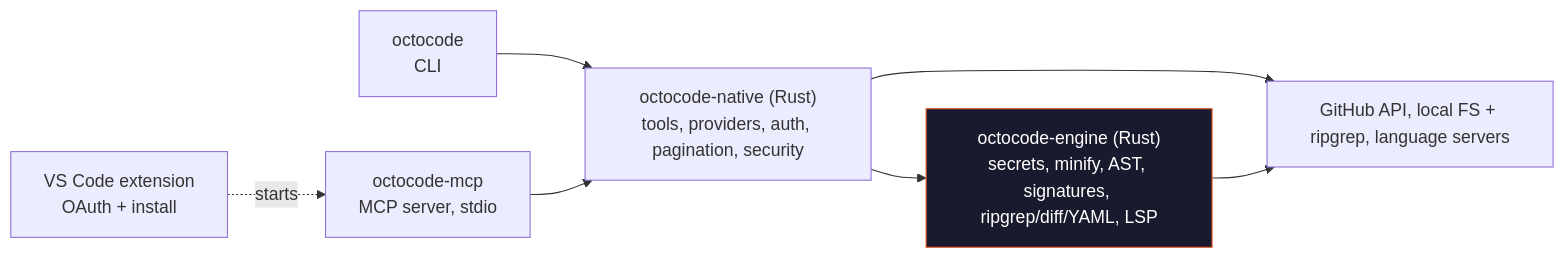
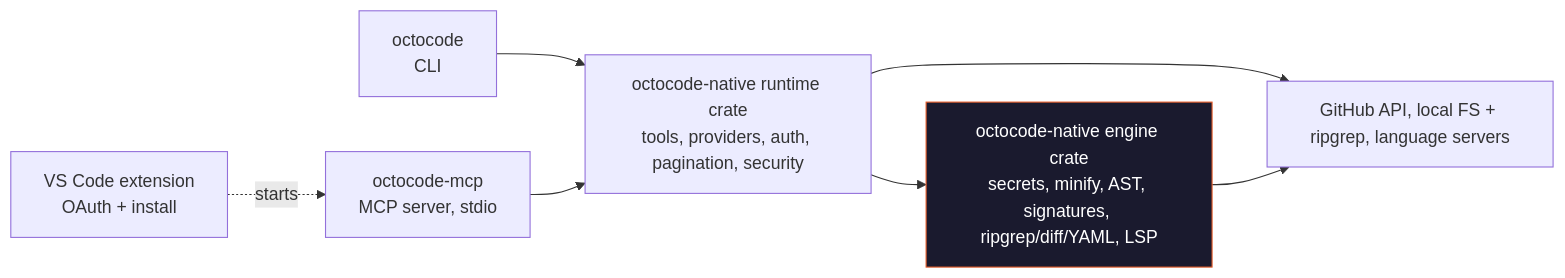
Before and after one commit to bgauryy/octocode: the diagram in README.md, drawn with Mermaid. The commit also changed other lines of this file and 365 other files, not shown here.

````diff
--- a/README.md
+++ b/README.md
@@ -486,18 +486,18 @@
 ```mermaid
 graph LR
     CLI["octocode<br/>CLI"]
     MCP["octocode-mcp<br/>MCP server, stdio"]
     VSC["VS Code extension<br/>OAuth + install"]
-    CORE["octocode-native (Rust)<br/>tools, providers, auth, pagination, security"]
-    ENGINE["octocode-engine (Rust)<br/>secrets, minify, AST, signatures, ripgrep/diff/YAML, LSP"]
+    CORE["octocode-native runtime crate<br/>tools, providers, auth, pagination, security"]
+    ENGINE["octocode-native engine crate<br/>secrets, minify, AST, signatures, ripgrep/diff/YAML, LSP"]
     EXT["GitHub API, local FS + ripgrep, language servers"]
 
     CLI --> CORE
     MCP --> CORE
     VSC -. starts .-> MCP
     CORE --> ENGINE
     CORE --> EXT
     ENGINE --> EXT
 
     style ENGINE fill:#1a1a2e,stroke:#e75d2a,color:#fff
 ```
````
